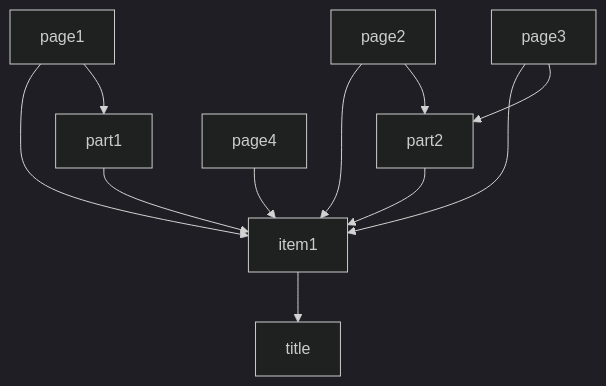
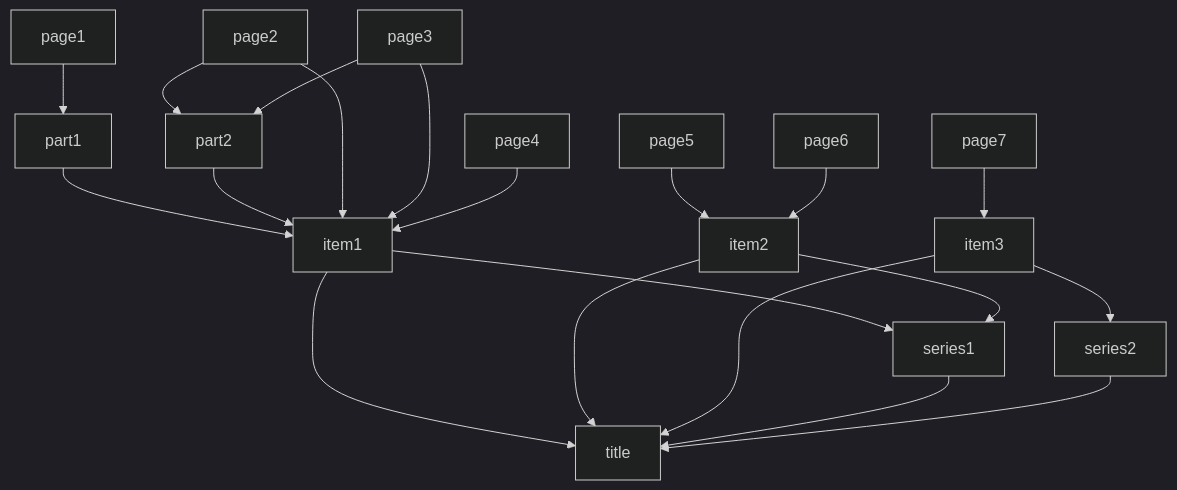
The diagram in README.md (rdmpage/bhl-rdf), drawn with Mermaid (dark theme) before and after one commit. The commit also changed other lines of this file and 8 other files, not shown here.

````diff
--- a/README.md
+++ b/README.md
@@ -30,20 +31,33 @@
 ```mermaid
 graph TD
 	item1 --> title
+  item2 --> title
+  item3 --> title
 
 	part1 --> item1
 	part2 --> item1
  
-	page1 --> item1
   page1 --> part1
 
 	page2 --> item1
 	page2 --> part2
 
   page3 --> item1
   page3 --> part2
  
   page4 --> item1
 
+  page5 --> item2
+  page6 --> item2
+
+  page7 --> item3
+
+  series1 --> title
+  item1 --> series1
+  item2 --> series1
+
+	series2 --> title
+  item3 --> series2
+
   
 ```
````
